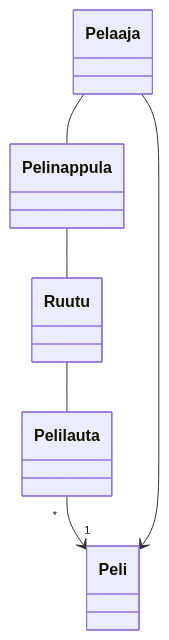
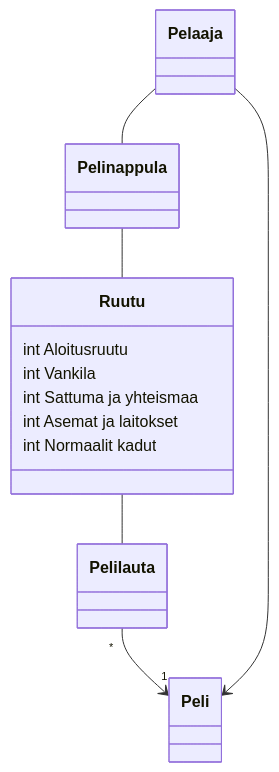
One commit to ellenra/jumping_game changed the diagram in laskarit/viikko3/monopoli_luokkakaavio.md. Above: the diagram before and after it, drawn with Mermaid.

````diff
--- a/laskarit/viikko3/monopoli_luokkakaavio.md
+++ b/laskarit/viikko3/monopoli_luokkakaavio.md
@@ -1,8 +1,15 @@
 ```mermaid
  classDiagram
       Pelilauta "*" --> "1" Peli
       Pelaaja --> Peli
       Pelaaja -- Pelinappula
       Pelinappula -- Ruutu
       Ruutu -- Pelilauta
+      Ruutu : int Aloitusruutu
+      Ruutu : int Vankila
+      Ruutu : int Sattuma ja yhteismaa
+      Ruutu : int Asemat ja laitokset
+      Ruutu : int Normaalit kadut
+      
+     
 ```
````
